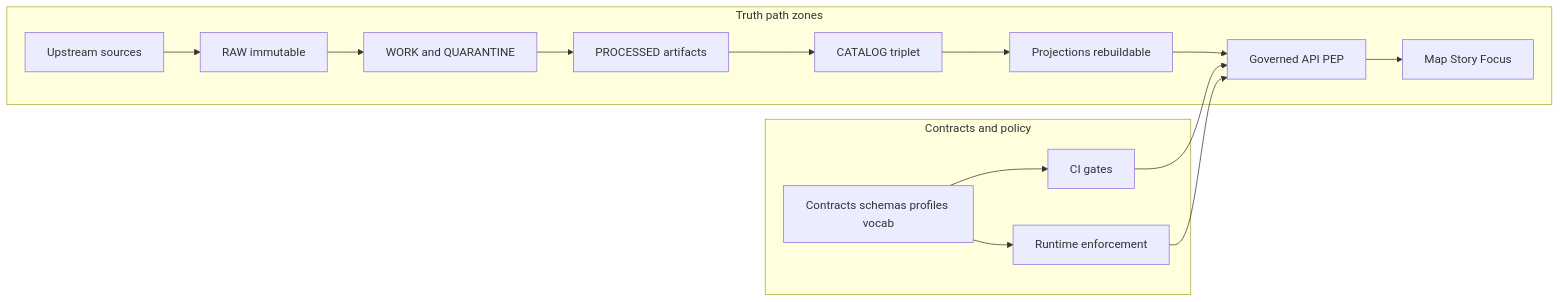
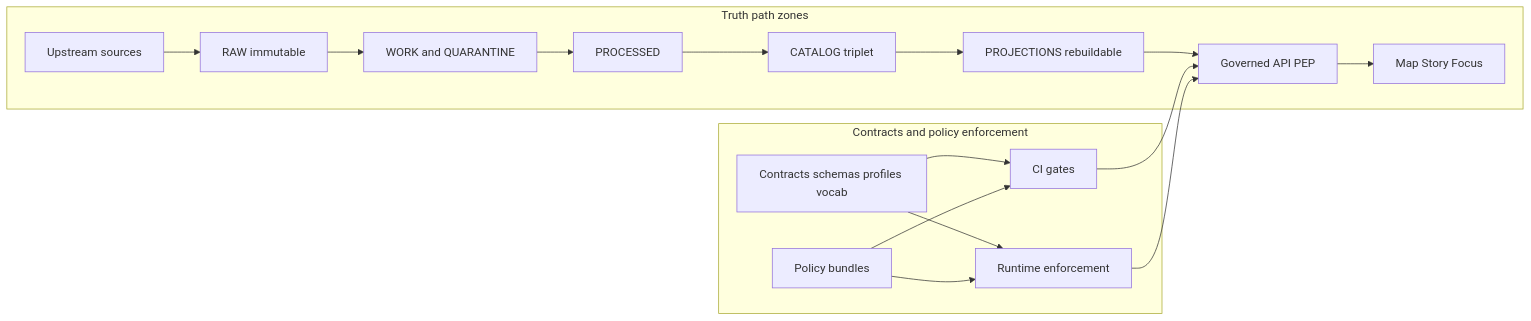
Before and after one commit to bartytime4life/Kansas-Frontier-Matrix: the first of 2 diagrams in contracts/README.md, drawn with Mermaid. The commit also changed other lines of this file, not shown here.

````diff
--- a/contracts/README.md
+++ b/contracts/README.md
@@ -102,19 +168,21 @@
 ```mermaid
 flowchart LR
-  subgraph TP["Truth path zones"]
+  subgraph Z["Truth path zones"]
     U[Upstream sources] --> R[RAW immutable]
     R --> W[WORK and QUARANTINE]
-    W --> P[PROCESSED artifacts]
+    W --> P[PROCESSED]
     P --> C[CATALOG triplet]
-    C --> X[Projections rebuildable]
+    C --> X[PROJECTIONS rebuildable]
     X --> G[Governed API PEP]
     G --> UI[Map Story Focus]
   end
 
-  subgraph CM["Contracts and policy"]
-    K[Contracts schemas profiles vocab] --> CI[CI gates]
-    K --> RT[Runtime enforcement]
+  subgraph K["Contracts and policy enforcement"]
+    CON[Contracts schemas profiles vocab] --> CI[CI gates]
+    CON --> RT[Runtime enforcement]
+    POL[Policy bundles] --> CI
+    POL --> RT
     CI --> G
     RT --> G
   end
 ```
````
